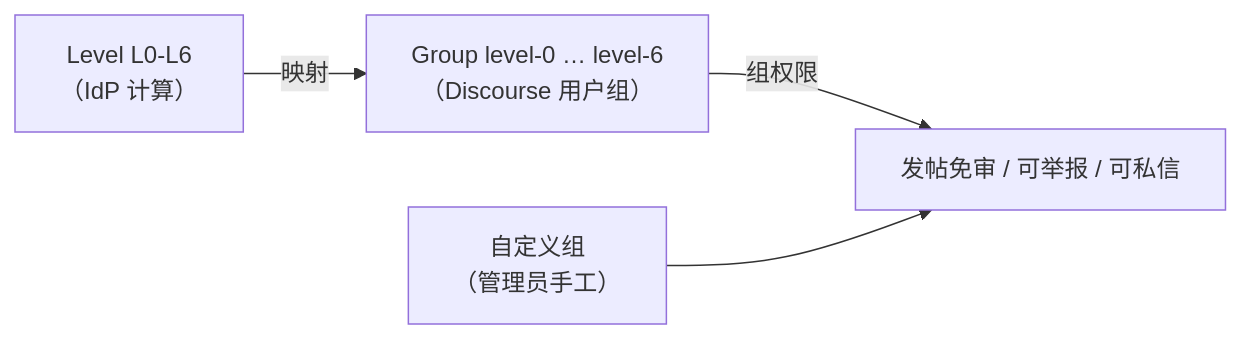
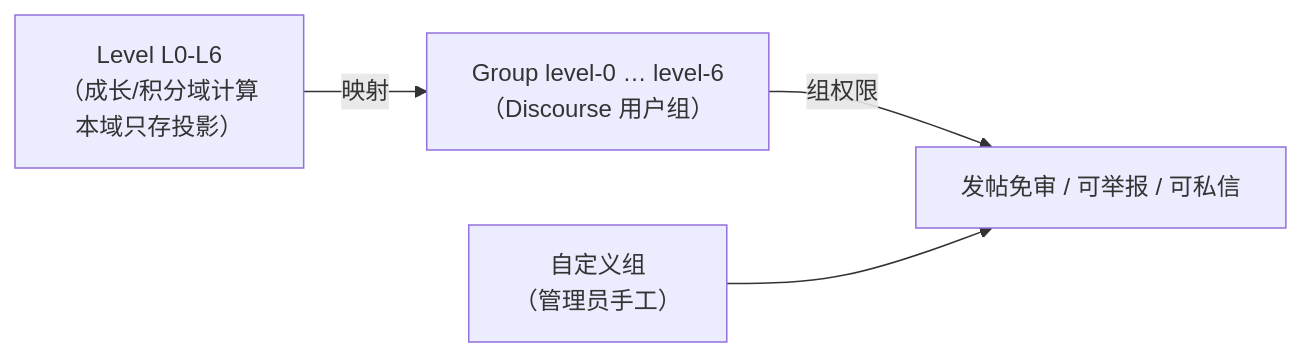
The fourth of 5 diagrams in docs/身份服务模型设计.md (deepdemos/ds-demos-showcase), drawn with Mermaid before and after one commit. The commit also changed other lines of this file and 8 other files, not shown here.

````diff
--- a/docs/身份服务模型设计.md
+++ b/docs/身份服务模型设计.md
@@ -482,6 +531,6 @@
 ```mermaid
 flowchart LR
-    L["Level L0-L6<br/>（IdP 计算）"] -->|"映射"| G["Group level-0 … level-6<br/>（Discourse 用户组）"]
+    L["Level L0-L6<br/>（成长/积分域计算<br/>本域只存投影）"] -->|"映射"| G["Group level-0 … level-6<br/>（Discourse 用户组）"]
     G -->|"组权限"| P["发帖免审 / 可举报 / 可私信"]
     C["自定义组<br/>（管理员手工）"] --> P
 ```
````
